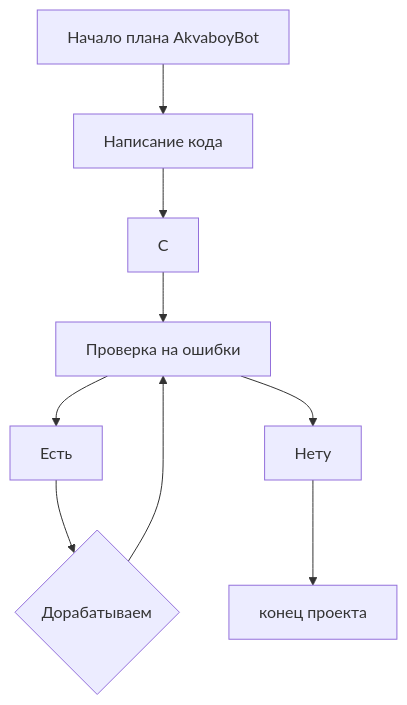
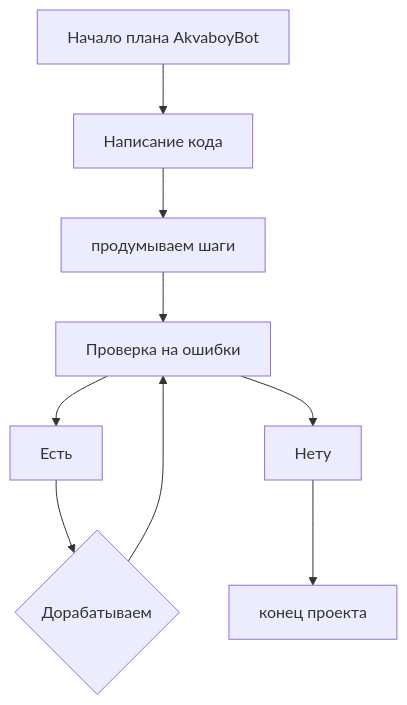
One commit to oypkobd/oypkobd changed the diagram in README.md. Above: the diagram before and after it, drawn with Mermaid.

````diff
--- a/README.md
+++ b/README.md
@@ -14,9 +14,9 @@
 ```mermaid
 flowchart TD
   A[Начало плана AkvaboyBot] --> B[Написание кода];
-  B --> 
+  B --> C[продумываем шаги];
   C --> D[Проверка на ошибки];
   D --> Есть --> F{Дорабатываем};
   F ---> D;
   D --> Нету --> G[конец проекта];
 ```
````
